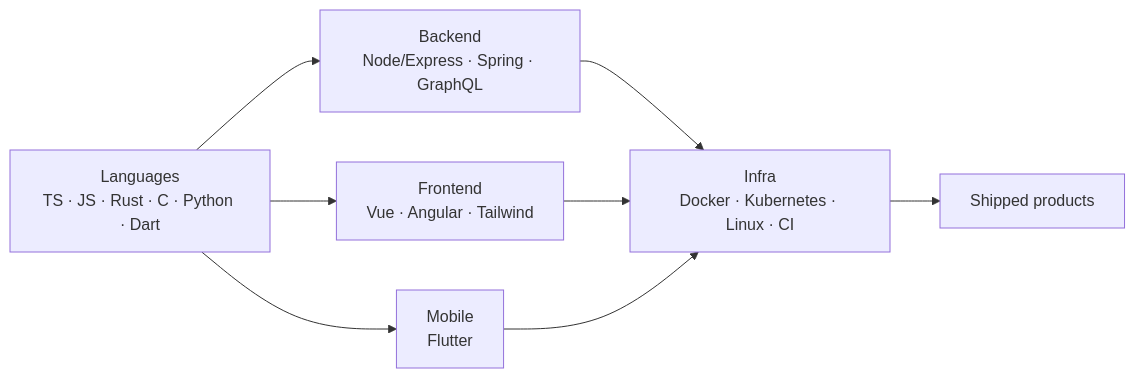
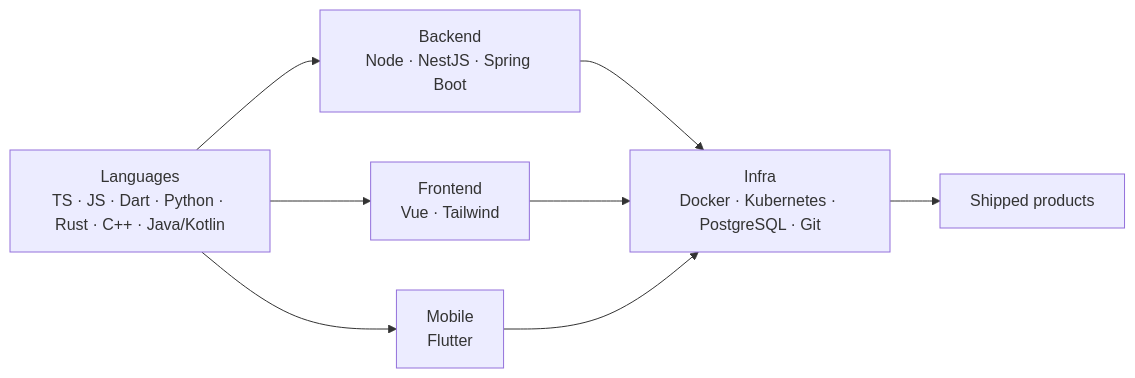
Before and after one commit to Jl115/Jl115: the second of 2 diagrams in README.md, drawn with Mermaid. The commit also changed other lines of this file, not shown here.

````diff
--- a/README.md
+++ b/README.md
@@ -24,10 +50,10 @@
 ```mermaid
 flowchart LR
-    L["Languages<br/>TS · JS · Rust · C · Python · Dart"] --> B["Backend<br/>Node/Express · Spring · GraphQL"]
-    L --> F["Frontend<br/>Vue · Angular · Tailwind"]
+    L["Languages<br/>TS · JS · Dart · Python · Rust · C++ · Java/Kotlin"] --> B["Backend<br/>Node · NestJS · Spring Boot"]
+    L --> F["Frontend<br/>Vue · Tailwind"]
     L --> M["Mobile<br/>Flutter"]
-    B --> I["Infra<br/>Docker · Kubernetes · Linux · CI"]
+    B --> I["Infra<br/>Docker · Kubernetes · PostgreSQL · Git"]
     F --> I
     M --> I
     I --> P["Shipped products"]
 ```
````
